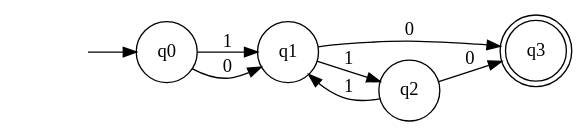
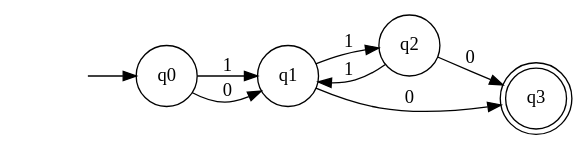
The diagram in ATM.gv (CRincon115/AutomatasFinal), drawn with Graphviz before and after one commit. The commit also changed other lines of this file and 13 other files, not shown here.

```diff
--- a/ATM.gv
+++ b/ATM.gv
@@ -1,15 +1,15 @@
 digraph ATM {
 	graph [rankdir=LR]
 	"" [label="" shape=plaintext]
 	q3 [label=q3 shape=doublecircle]
-	q1 [label=q1 shape=circle]
 	q0 [label=q0 shape=circle]
 	q2 [label=q2 shape=circle]
+	q1 [label=q1 shape=circle]
 	"" -> q0 [label=""]
 	q0 -> q1 [label=1]
 	q0 -> q1 [label=0]
 	q1 -> q2 [label=1]
 	q1 -> q3 [label=0]
 	q2 -> q1 [label=1]
 	q2 -> q3 [label=0]
 }
```
